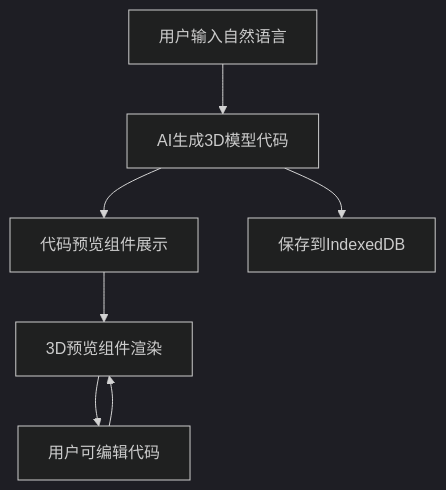
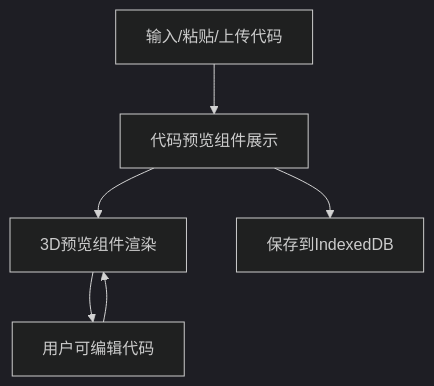
The diagram in .trae/documents/prd.md (forgent3d/forgent3d_web), drawn with Mermaid (dark theme) before and after one commit. The commit also changed other lines of this file and 20 other files, not shown here.

````diff
--- a/.trae/documents/prd.md
+++ b/.trae/documents/prd.md
@@ -38,9 +37,8 @@
 ```mermaid
 flowchart TD
-    A["用户输入自然语言"] --> B["AI生成3D模型代码"]
-    B --> C["代码预览组件展示"]
-    C --> D["3D预览组件渲染"]
-    D --> E["用户可编辑代码"]
-    E --> D
-    B --> F["保存到IndexedDB"]
+    A["输入/粘贴/上传代码"] --> B["代码预览组件展示"]
+    B --> C["3D预览组件渲染"]
+    C --> D["用户可编辑代码"]
+    D --> C
+    B --> E["保存到IndexedDB"]
 ```
````
